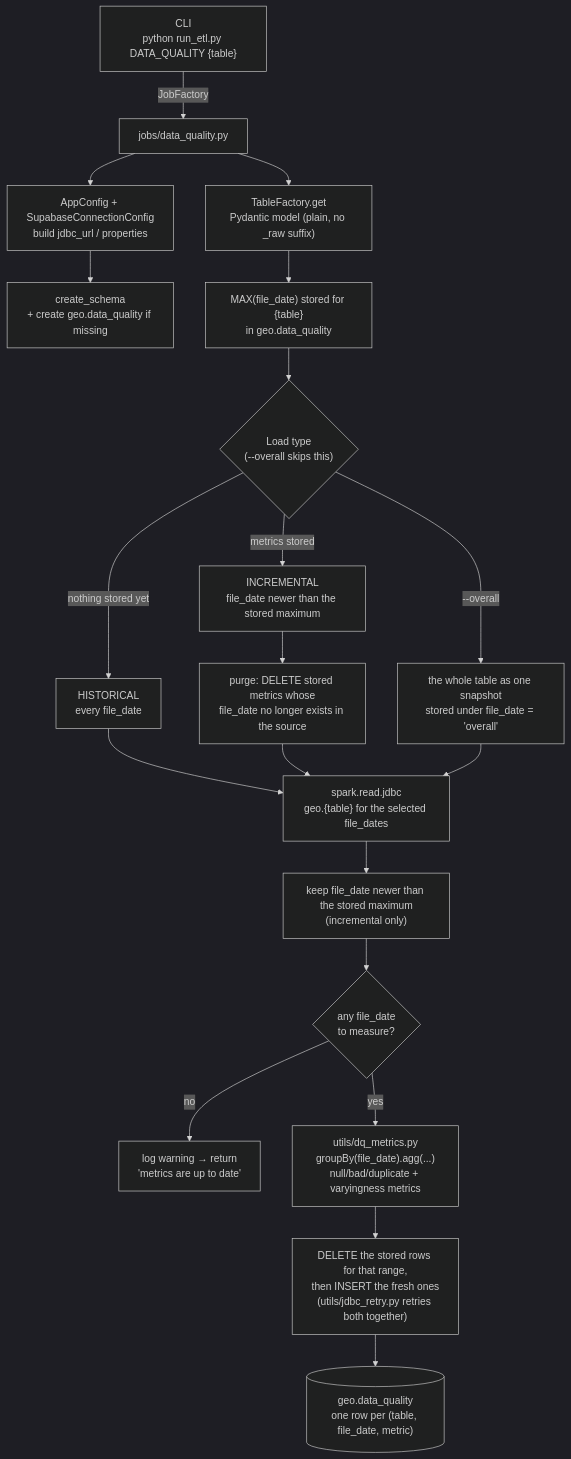
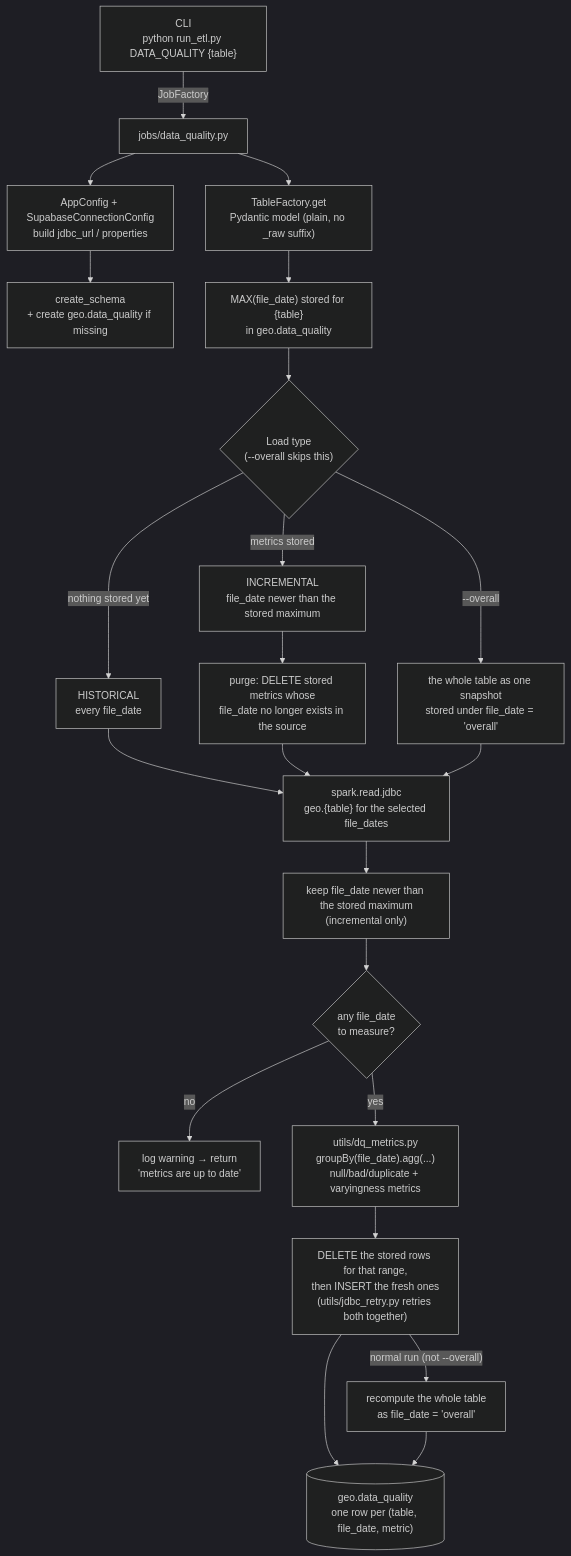
One commit to kaluzny1995/GEO_ETL changed the diagram in docs/etl_jobs/data-quality.md. Above: the diagram before and after it, drawn with Mermaid (dark theme). The commit also changed other lines of this file and 10 other files, not shown here.

````diff
--- a/docs/etl_jobs/data-quality.md
+++ b/docs/etl_jobs/data-quality.md
@@ -21,22 +23,24 @@
 ```mermaid
 flowchart TD
     CLI["CLI<br/>python run_etl.py DATA_QUALITY {table}"] -->|JobFactory| JOB["jobs/data_quality.py"]
     JOB --> MODEL["TableFactory.get<br/>Pydantic model (plain, no _raw suffix)"]
     JOB --> CFG["AppConfig + SupabaseConnectionConfig<br/>build jdbc_url / properties"]
     CFG --> SCHEMA["create_schema<br/>+ create geo.data_quality if missing"]
     MODEL --> STORED["MAX(file_date) stored for {table}<br/>in geo.data_quality"]
     STORED --> LT{"Load type<br/>(--overall skips this)"}
     LT -->|"nothing stored yet"| H["HISTORICAL<br/>every file_date"]
     LT -->|"metrics stored"| I["INCREMENTAL<br/>file_date newer than the stored maximum"]
     LT -->|"--overall"| O["the whole table as one snapshot<br/>stored under file_date = 'overall'"]
     I --> PURGE["purge: DELETE stored metrics whose<br/>file_date no longer exists in the source"]
     H --> READ["spark.read.jdbc<br/>geo.{table} for the selected file_dates"]
     PURGE --> READ
     O --> READ
     READ --> FILTER["keep file_date newer than the stored maximum<br/>(incremental only)"]
     FILTER --> EMPTY{"any file_date<br/>to measure?"}
     EMPTY -->|"no"| SKIP["log warning → return<br/>'metrics are up to date'"]
     EMPTY -->|"yes"| METRICS["utils/dq_metrics.py<br/>groupBy(file_date).agg(...)<br/>null/bad/duplicate + varyingness metrics"]
     METRICS --> REPLACE["DELETE the stored rows for that range,<br/>then INSERT the fresh ones<br/>(utils/jdbc_retry.py retries both together)"]
     REPLACE --> DB[("geo.data_quality<br/>one row per (table, file_date, metric)")]
+    REPLACE -->|"normal run (not --overall)"| OREFRESH["recompute the whole table<br/>as file_date = 'overall'"]
+    OREFRESH --> DB
 ```
````
